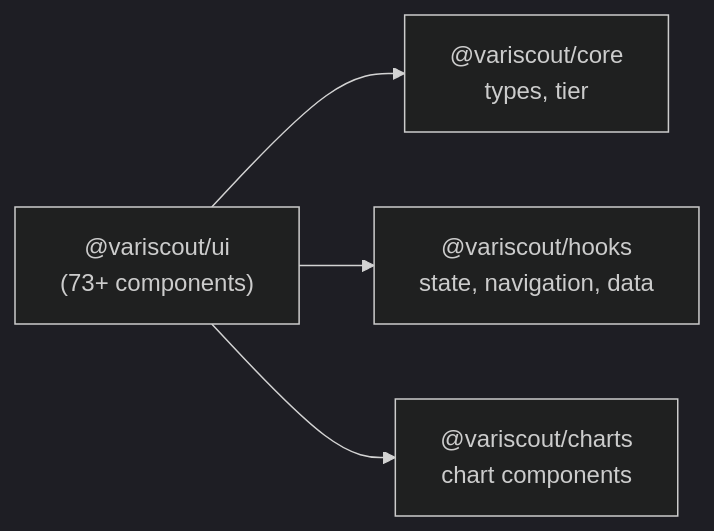
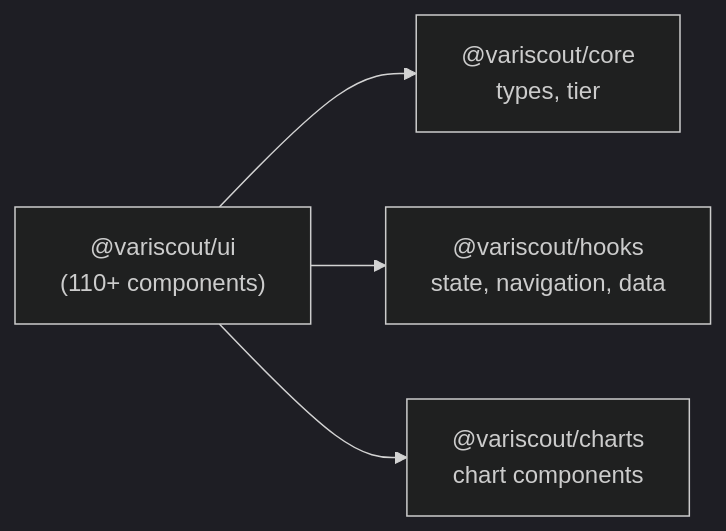
The sixth of 8 diagrams in docs/05-technical/architecture/component-map.md (jukka-matti/variscout), drawn with Mermaid (dark theme) before and after one commit. The commit also changed other lines of this file and 6 other files, not shown here.

First line of the commit message:
docs: update architecture docs for editor simplification refactoring

````diff
--- a/docs/05-technical/architecture/component-map.md
+++ b/docs/05-technical/architecture/component-map.md
@@ -383,11 +383,11 @@
 ```mermaid
 flowchart LR
-    ui["@variscout/ui<br/>(73+ components)"]
+    ui["@variscout/ui<br/>(110+ components)"]
     core["@variscout/core<br/>types, tier"]
     hooks["@variscout/hooks<br/>state, navigation, data"]
     charts["@variscout/charts<br/>chart components"]
 
     ui --> core
     ui --> hooks
     ui --> charts
 ```
````
